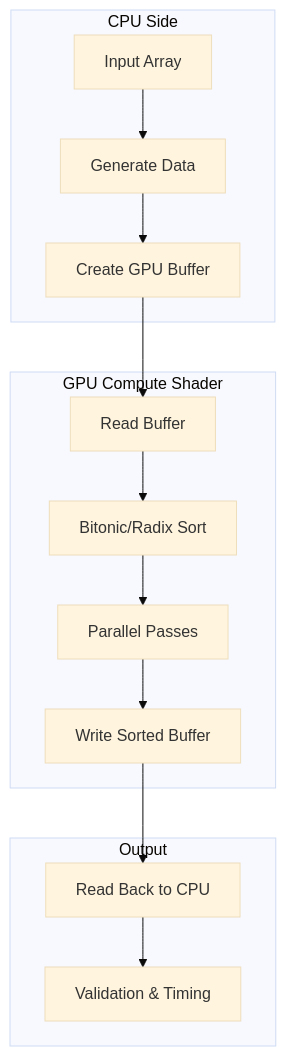
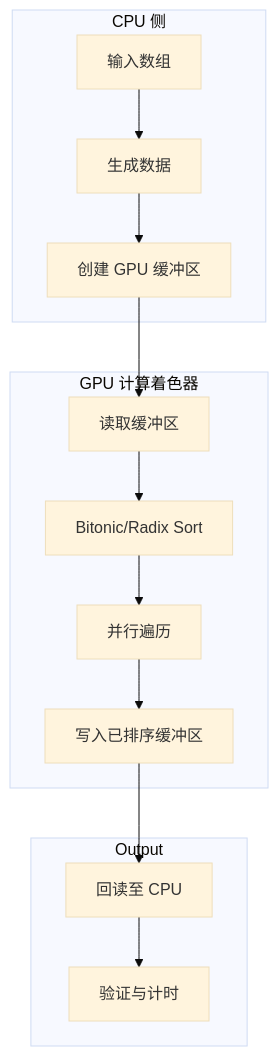
The diagram in docs/index.md (build-workbench/webgpu-sorting), drawn with Mermaid (base theme) before and after one commit. The commit also changed other lines of this file and 18 other files, not shown here.

````diff
--- a/docs/index.md
+++ b/docs/index.md
@@ -121,20 +121,20 @@
 ```mermaid
 graph TB
-    subgraph CPU["CPU Side"]
-        A[Input Array] --> B[Generate Data]
-        B --> C[Create GPU Buffer]
+    subgraph CPU["CPU 侧"]
+        A[输入数组] --> B[生成数据]
+        B --> C[创建 GPU 缓冲区]
     end
 
-    subgraph GPU["GPU Compute Shader"]
-        D[Read Buffer] --> E[Bitonic/Radix Sort]
-        E --> F[Parallel Passes]
-        F --> G[Write Sorted Buffer]
+    subgraph GPU["GPU 计算着色器"]
+        D[读取缓冲区] --> E[Bitonic/Radix Sort]
+        E --> F[并行遍历]
+        F --> G[写入已排序缓冲区]
     end
 
     subgraph Output
-        G --> H[Read Back to CPU]
-        H --> I[Validation & Timing]
+        G --> H[回读至 CPU]
+        H --> I[验证与计时]
     end
 
     C --> D
 ```
````
